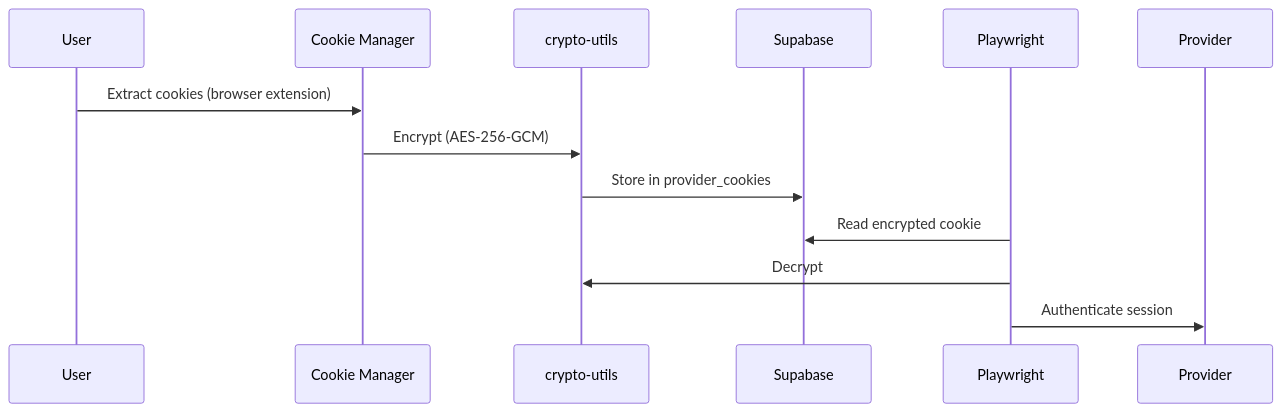
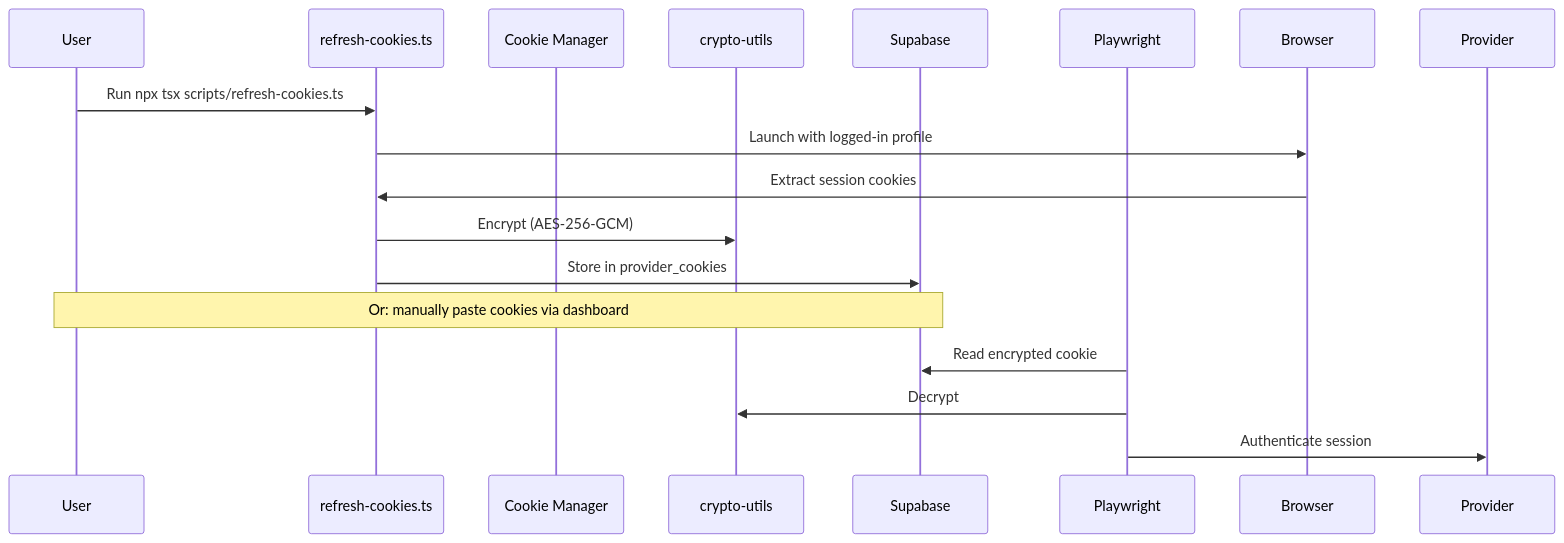
One commit to chauhandigvijay1/Valtrexa-V2 changed the second of 6 diagrams in docs/ARCHITECTURE.md. Above: the diagram before and after it, drawn with Mermaid. The commit also changed other lines of this file and 33 other files, not shown here.

````diff
--- a/docs/ARCHITECTURE.md
+++ b/docs/ARCHITECTURE.md
@@ -61,15 +61,19 @@
 ```mermaid
 sequenceDiagram
     participant U as User
+    participant S as refresh-cookies.ts
     participant CM as Cookie Manager
     participant CR as crypto-utils
     participant DB as Supabase
     participant PW as Playwright
 
-    U->>CM: Extract cookies (browser extension)
-    CM->>CR: Encrypt (AES-256-GCM)
-    CR->>DB: Store in provider_cookies
+    U->>S: Run npx tsx scripts/refresh-cookies.ts
+    S->>Browser: Launch with logged-in profile
+    Browser->>S: Extract session cookies
+    S->>CR: Encrypt (AES-256-GCM)
+    S->>DB: Store in provider_cookies
+    Note over U,DB: Or: manually paste cookies via dashboard
     PW->>DB: Read encrypted cookie
     PW->>CR: Decrypt
     PW->>Provider: Authenticate session
 ```
````
